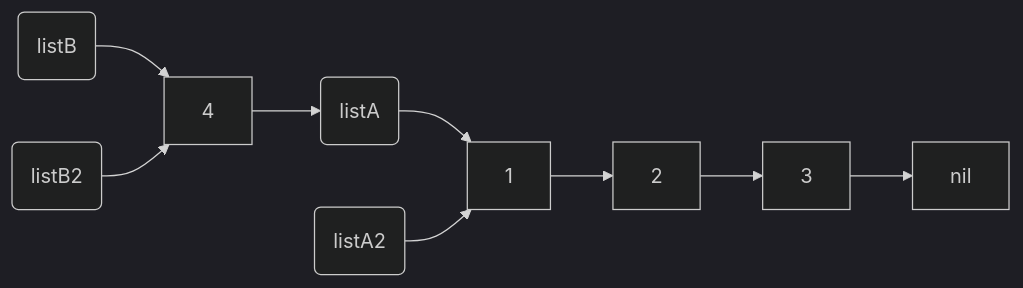
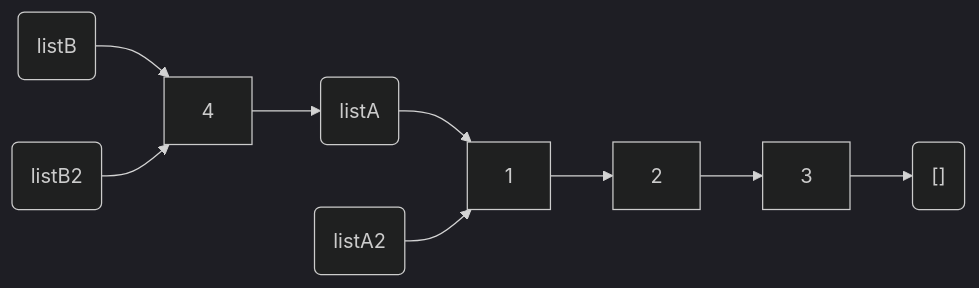
One commit to jindraivanek/talk-fsharp-data-structures changed the diagram in ds-030-List.md. Above: the diagram before and after it, drawn with Mermaid (dark theme). The commit also changed other lines of this file and 22 other files, not shown here.

````diff
--- a/ds-030-List.md
+++ b/ds-030-List.md
@@ -20,7 +31,7 @@
 ```mermaid
 graph LR;
-    listA(listA) --> 1 --> 2 --> 3 --> nil
+    listA(listA) --> 1 --> 2 --> 3 --> nil("[]")
     listA2(listA2) --> 1
     listB(listB) --> 4 --> listA
     listB2(listB2) --> 4
 ```
````
